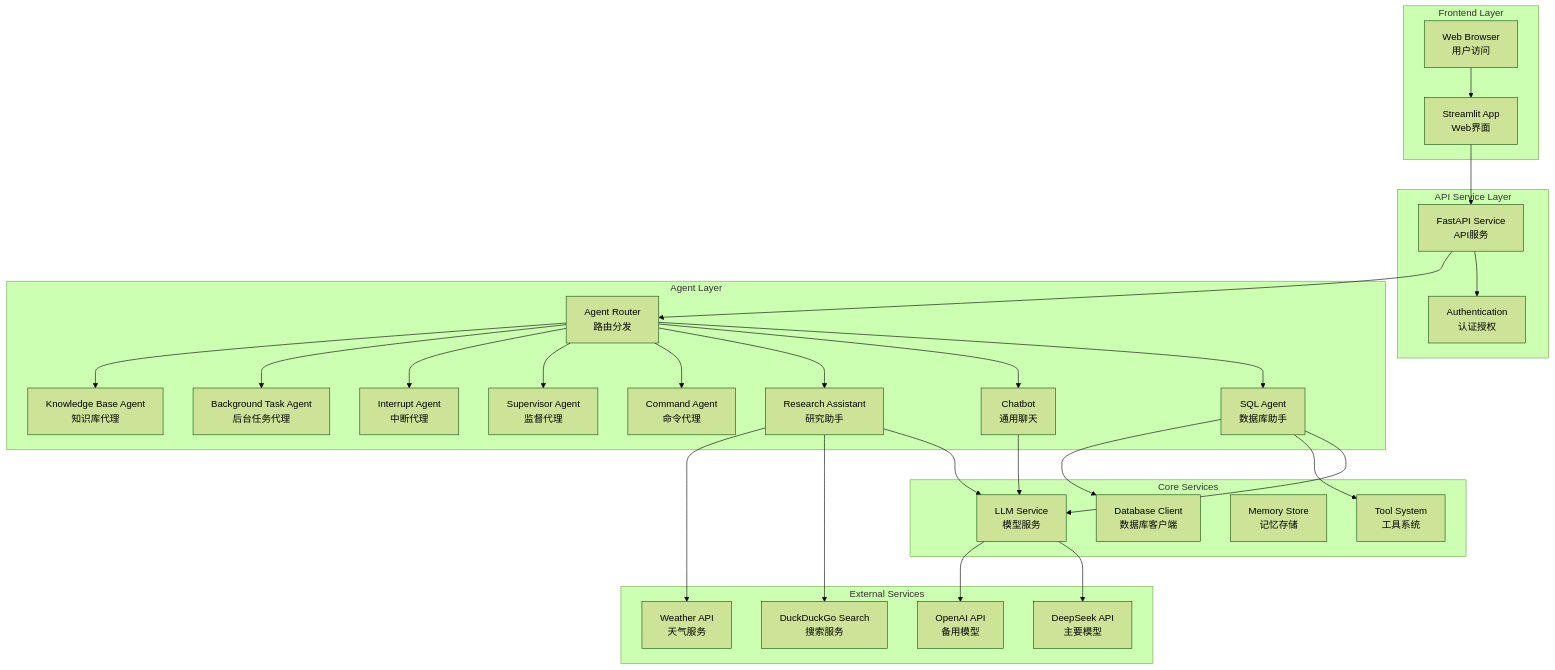
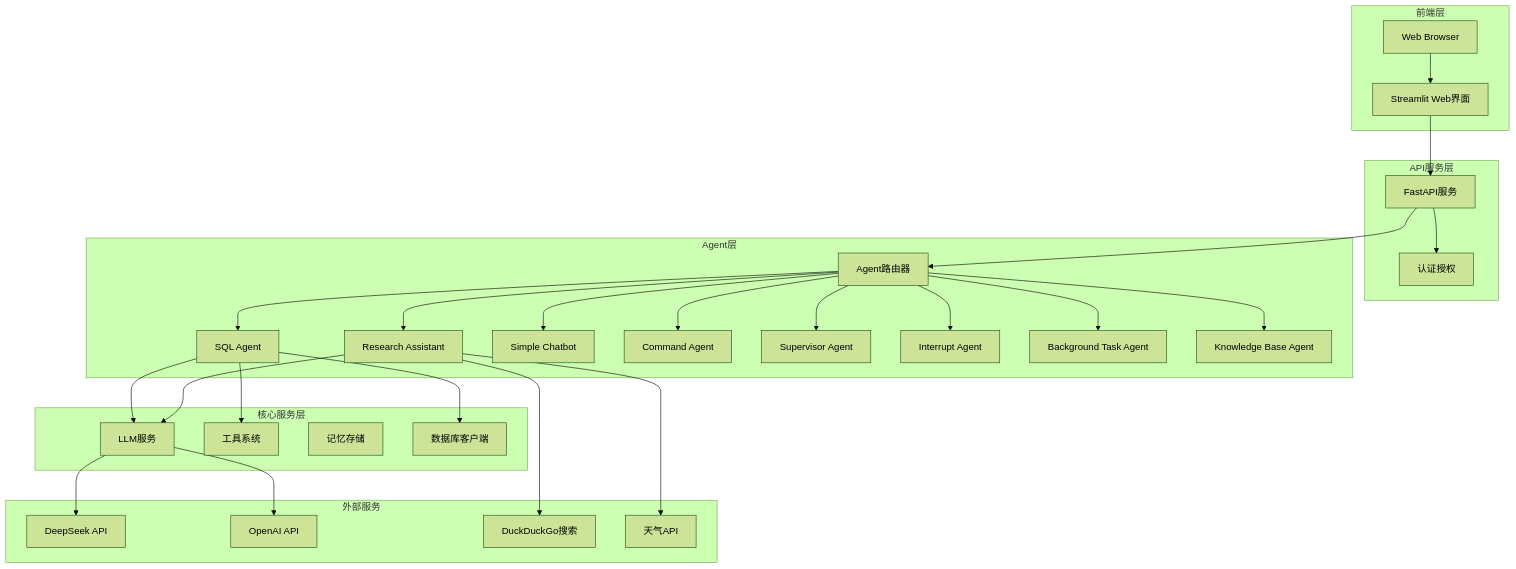
The diagram in docs/01_ARCHITECTURE.md (franksunye/agent-service-toolkit), drawn with Mermaid (forest theme) before and after one commit. The commit also changed other lines of this file and 3 other files, not shown here.

````diff
--- a/docs/01_ARCHITECTURE.md
+++ b/docs/01_ARCHITECTURE.md
@@ -36,64 +11,63 @@
 ```mermaid
 graph TB
-    subgraph "Frontend Layer"
-        ST[Streamlit App<br/>Web界面]
-        WEB[Web Browser<br/>用户访问]
+    subgraph "前端层"
+        ST[Streamlit Web界面]
+        WEB[Web Browser]
     end
-
-    subgraph "API Service Layer"
-        API[FastAPI Service<br/>API服务]
-        AUTH[Authentication<br/>认证授权]
+    
+    subgraph "API服务层"
+        API[FastAPI服务]
+        AUTH[认证授权]
     end
-
-    subgraph "Agent Layer"
-        ROUTER[Agent Router<br/>路由分发]
-        SQL[SQL Agent<br/>数据库助手]
-        CHAT[Chatbot<br/>通用聊天]
-        RESEARCH[Research Assistant<br/>研究助手]
-        COMMAND[Command Agent<br/>命令代理]
-        SUPERVISOR[Supervisor Agent<br/>监督代理]
-        INTERRUPT[Interrupt Agent<br/>中断代理]
-        BG_TASK[Background Task Agent<br/>后台任务代理]
-        KB[Knowledge Base Agent<br/>知识库代理]
+    
+    subgraph "Agent层"
+        ROUTER[Agent路由器]
+        SQL[SQL Agent]
+        RESEARCH[Research Assistant]
+        CHAT[Simple Chatbot]
+        COMMAND[Command Agent]
+        SUPERVISOR[Supervisor Agent]
+        INTERRUPT[Interrupt Agent]
+        BG_TASK[Background Task Agent]
+        KB[Knowledge Base Agent]
     end
-
-    subgraph "Core Services"
-        LLM[LLM Service<br/>模型服务]
-        TOOLS[Tool System<br/>工具系统]
-        MEMORY[Memory Store<br/>记忆存储]
-        DB[Database Client<br/>数据库客户端]
+    
+    subgraph "核心服务层"
+        LLM[LLM服务]
+        TOOLS[工具系统]
+        MEMORY[记忆存储]
+        DB[数据库客户端]
     end
-
-    subgraph "External Services"
-        DEEPSEEK[DeepSeek API<br/>主要模型]
-        OPENAI[OpenAI API<br/>备用模型]
-        SEARCH[DuckDuckGo Search<br/>搜索服务]
-        WEATHER[Weather API<br/>天气服务]
+    
+    subgraph "外部服务"
+        DEEPSEEK[DeepSeek API]
+        OPENAI[OpenAI API]
+        SEARCH[DuckDuckGo搜索]
+        WEATHER[天气API]
     end
-
+    
     WEB --> ST
     ST --> API
     API --> AUTH
     API --> ROUTER
-
+    
     ROUTER --> SQL
+    ROUTER --> RESEARCH
     ROUTER --> CHAT
-    ROUTER --> RESEARCH
     ROUTER --> COMMAND
     ROUTER --> SUPERVISOR
     ROUTER --> INTERRUPT
     ROUTER --> BG_TASK
     ROUTER --> KB
-
+    
     SQL --> LLM
     SQL --> TOOLS
     SQL --> DB
-
-    CHAT --> LLM
+    
     RESEARCH --> LLM
     RESEARCH --> SEARCH
     RESEARCH --> WEATHER
-
+    
     LLM --> DEEPSEEK
     LLM --> OPENAI
 ```
````
